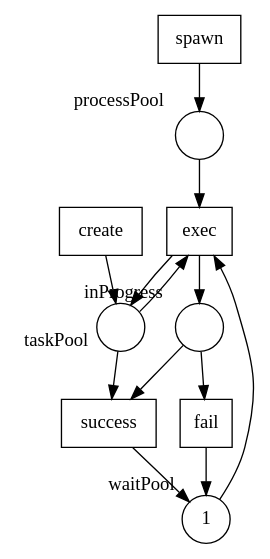
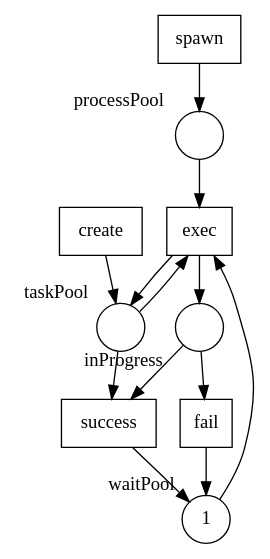
Before and after one commit to AdrienCHABERT/outils-formels-modelisation: the diagram in tp-01/TaskManager/correctTaskManager.dot, drawn with Graphviz. The commit also changed other lines of this file and 4 other files, not shown here.

```diff
--- a/tp-01/TaskManager/correctTaskManager.dot
+++ b/tp-01/TaskManager/correctTaskManager.dot
@@ -1,29 +1,29 @@
 digraph G {
 subgraph place {
 node [shape=circle, width=.5];
 "processPool" [label="", xlabel="processPool"];
+"taskPool" [label="", xlabel="taskPool"];
 "inProgress" [label="", xlabel="inProgress"];
 "waitPool" [label="1", xlabel="waitPool"];
-"taskPool" [label="", xlabel="taskPool"];
 }
 subgraph transitions {
 node [shape=rect, width=.5, height=.5];
+"fail";
+"spawn";
+"create";
+"success";
 "exec";
-"fail";
-"create";
-"spawn";
-"success";
 }
-"waitPool" -> "exec";
-"taskPool" -> "exec";
-"processPool" -> "exec";
-"exec" -> "taskPool";
-"exec" -> "inProgress";
 "inProgress" -> "fail";
 "fail" -> "waitPool";
+"spawn" -> "processPool";
 "create" -> "taskPool";
-"spawn" -> "processPool";
+"inProgress" -> "success";
 "taskPool" -> "success";
-"inProgress" -> "success";
 "success" -> "waitPool";
+"waitPool" -> "exec";
+"processPool" -> "exec";
+"taskPool" -> "exec";
+"exec" -> "inProgress";
+"exec" -> "taskPool";
 }
```
